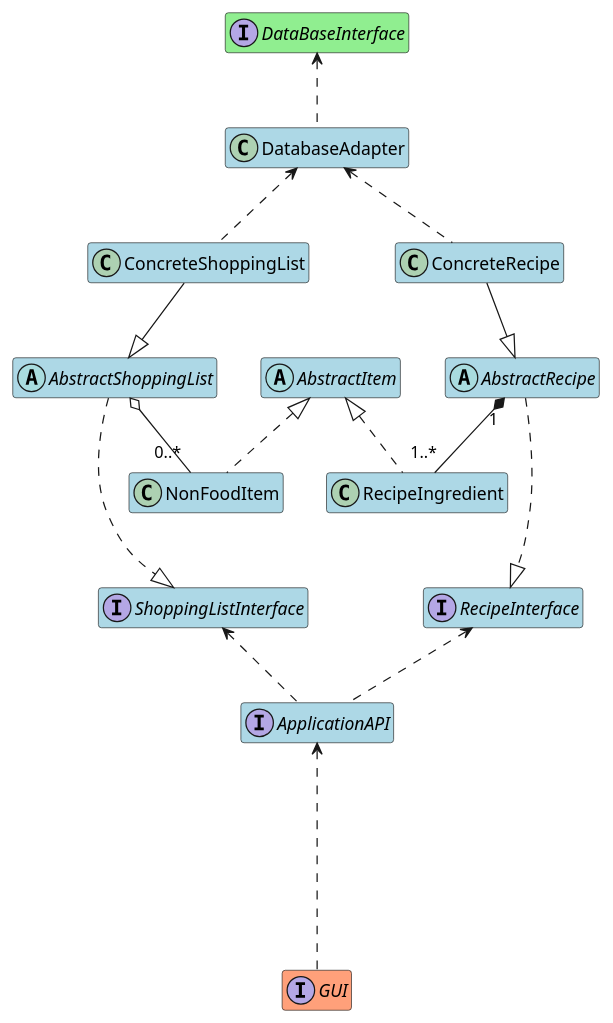
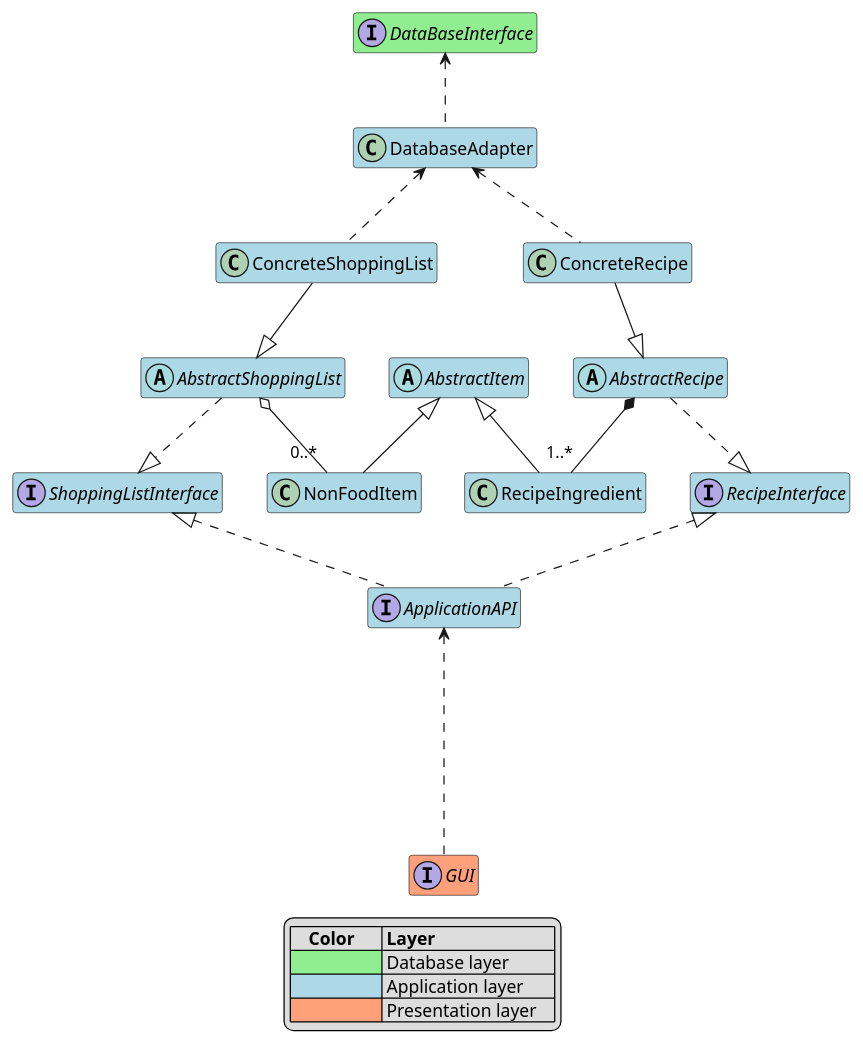
One commit to Uhgtred/Recipe_Shopping_List changed the diagram in Architecture/BlackBoxViewApplication.puml. Above: the diagram before and after it, drawn with PlantUML. The commit also changed 1 other file, not shown here.

Commit message:
Updated BlackBoxViewApplication.puml and BlackBoxViewDatabase.puml
- In BlackBoxViewApplication.puml:
    - Changed relationship between ApplicationAPI and RecipeInterface/ShoppingListInterface to implementation.
    - Changed relationship between AbstractRecipe/AbstractShoppingList and RecipeInterface/ShoppingListInterface to realization.
    - Updated relationship between RecipeIngredient and AbstractRecipe/AbstractItem.
    - Updated relationship between NonFoodItem and AbstractShoppingList/AbstractItem.
    - Added a legend for layer colors.
- In BlackBoxViewDatabase.puml:
    - Changed relationship between AbstractDatabase and DataBaseInterface.
    - Added ConcreteDatabase and its relationship to AbstractDatabase.

```diff
--- a/Architecture/BlackBoxViewApplication.puml
+++ b/Architecture/BlackBoxViewApplication.puml
@@ -1,45 +1,51 @@
 @startuml
 hide empty members
 
 
 interface DataBaseInterface #lightgreen
 
 
 interface GUI #lightsalmon
 GUI ..u..> ApplicationAPI
 
 
 interface RecipeInterface #lightblue
 interface ShoppingListInterface #lightblue
 abstract class AbstractItem #lightblue
 
 class DatabaseAdapter #lightblue
 DatabaseAdapter .u.> DataBaseInterface
 
 interface ApplicationAPI #lightblue
-ApplicationAPI .u.> RecipeInterface
-ApplicationAPI .u.> ShoppingListInterface
+ApplicationAPI .u.|> RecipeInterface
+ApplicationAPI .u.|> ShoppingListInterface
 
 abstract class AbstractRecipe #lightblue
-AbstractRecipe ...|> RecipeInterface
+AbstractRecipe ..|> RecipeInterface
 
 abstract class AbstractShoppingList #lightblue
-AbstractShoppingList ...|> ShoppingListInterface
+AbstractShoppingList ..|> ShoppingListInterface
 
 class ConcreteShoppingList #lightblue
 ConcreteShoppingList --|> AbstractShoppingList
 ConcreteShoppingList .u.> DatabaseAdapter
 
 class ConcreteRecipe #lightblue
 ConcreteRecipe  --|> AbstractRecipe
 ConcreteRecipe .u.> DatabaseAdapter
 
 class RecipeIngredient #lightblue
-RecipeIngredient "1..*" -u-* "1" AbstractRecipe
-RecipeIngredient .u.|> AbstractItem
+RecipeIngredient "1..*" -u-* AbstractRecipe
+RecipeIngredient -u-|> AbstractItem
 
 class NonFoodItem #lightblue
 NonFoodItem "0..*"-u-o AbstractShoppingList
-NonFoodItem .u.|> AbstractItem
+NonFoodItem -u-|> AbstractItem
 
+legend bottom
+|    **Color**      | **Layer**             |
+| <#lightgreen>     | Database layer        |
+| <#lightblue>      | Application layer     |
+| <#lightsalmon>   | Presentation layer    |
+end legend
 @enduml
```
